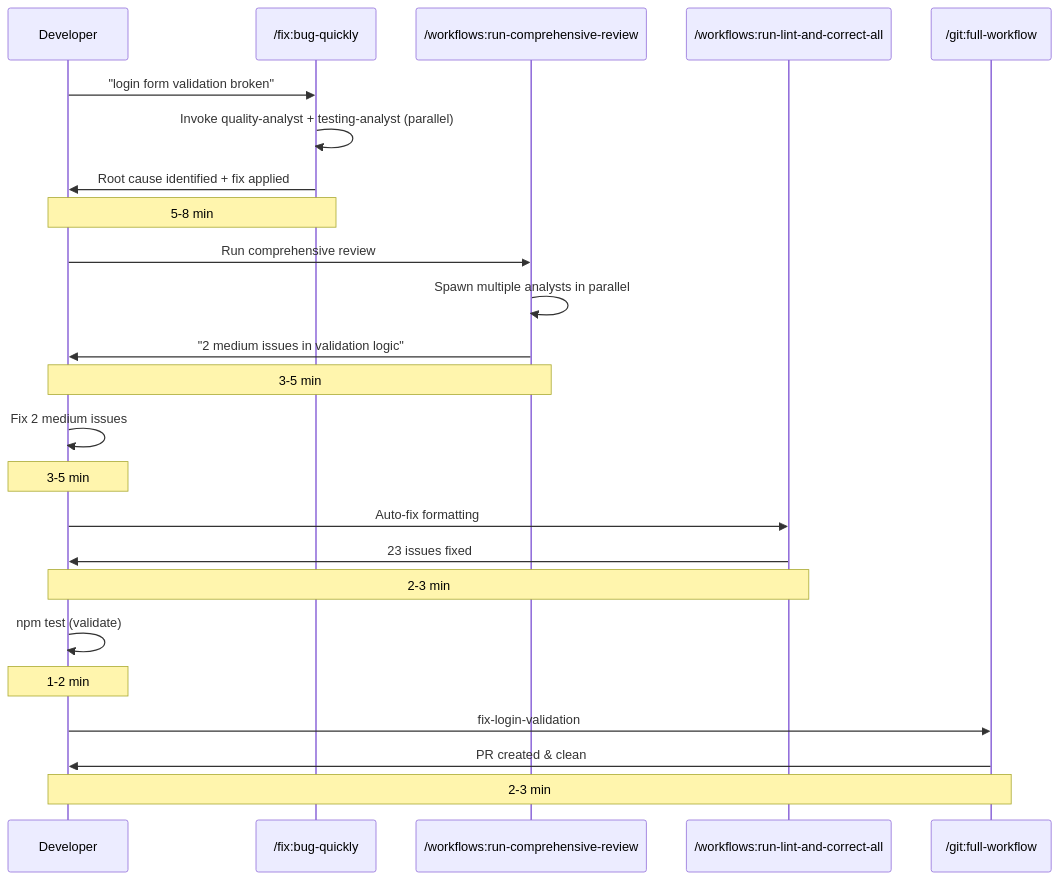
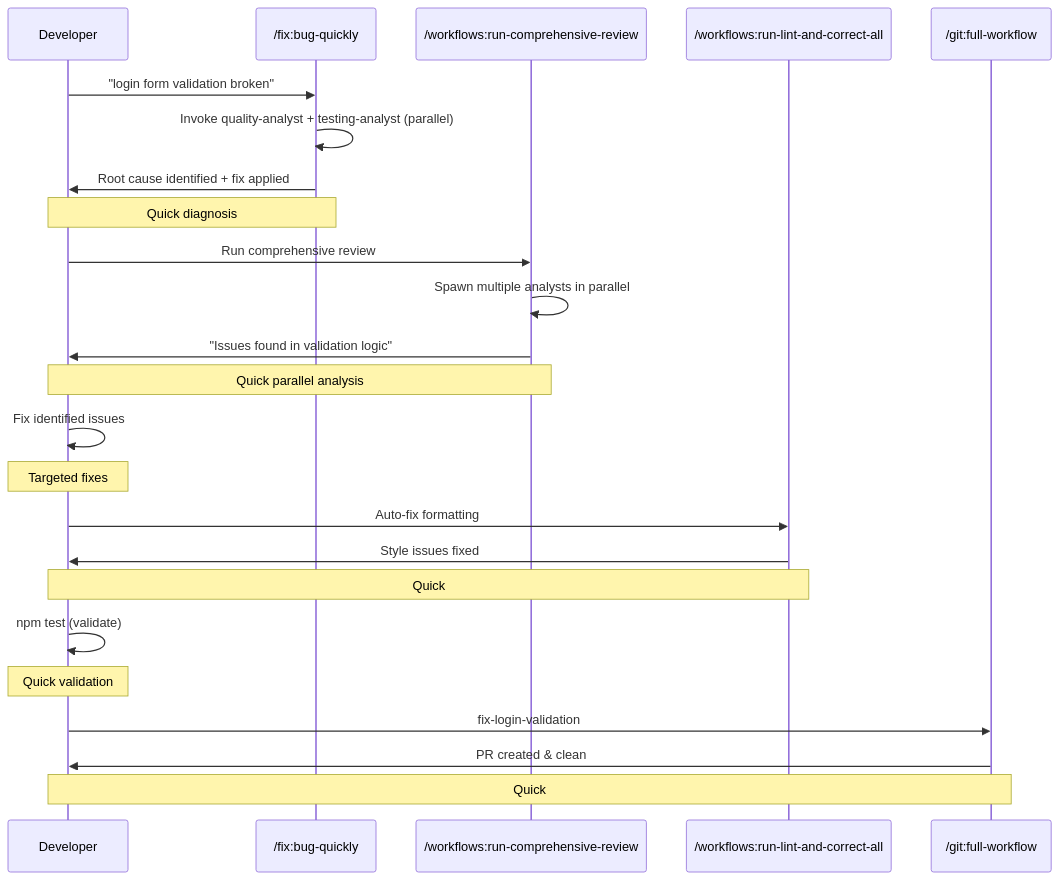
The second of 8 diagrams in docs/typical-workflows.md (thomasholknielsen/claude-code-config), drawn with Mermaid before and after one commit. The commit also changed other lines of this file and 130 other files, not shown here.

````diff
--- a/docs/typical-workflows.md
+++ b/docs/typical-workflows.md
@@ -123,32 +111,32 @@
 ```mermaid
 sequenceDiagram
     participant Dev as Developer
     participant Fix as /fix:bug-quickly
     participant Review as /workflows:run-comprehensive-review
     participant Lint as /workflows:run-lint-and-correct-all
     participant Git as /git:full-workflow
 
     Dev->>Fix: "login form validation broken"
     Fix->>Fix: Invoke quality-analyst + testing-analyst (parallel)
     Fix->>Dev: Root cause identified + fix applied
-    Note over Dev,Fix: 5-8 min
+    Note over Dev,Fix: Quick diagnosis
 
     Dev->>Review: Run comprehensive review
     Review->>Review: Spawn multiple analysts in parallel
-    Review->>Dev: "2 medium issues in validation logic"
-    Note over Dev,Review: 3-5 min
+    Review->>Dev: "Issues found in validation logic"
+    Note over Dev,Review: Quick parallel analysis
 
-    Dev->>Dev: Fix 2 medium issues
-    Note over Dev: 3-5 min
+    Dev->>Dev: Fix identified issues
+    Note over Dev: Targeted fixes
 
     Dev->>Lint: Auto-fix formatting
-    Lint->>Dev: 23 issues fixed
-    Note over Dev,Lint: 2-3 min
+    Lint->>Dev: Style issues fixed
+    Note over Dev,Lint: Quick
 
     Dev->>Dev: npm test (validate)
-    Note over Dev: 1-2 min
+    Note over Dev: Quick validation
 
     Dev->>Git: fix-login-validation
     Git->>Dev: PR created & clean
-    Note over Dev,Git: 2-3 min
+    Note over Dev,Git: Quick
 ```
````
